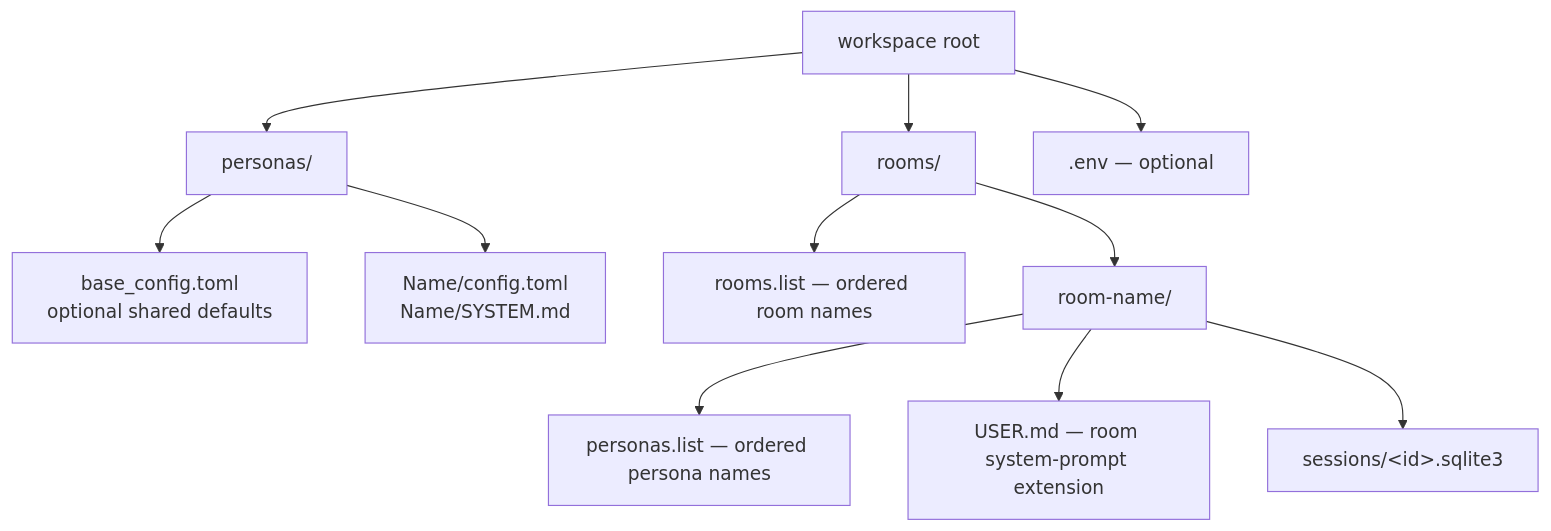
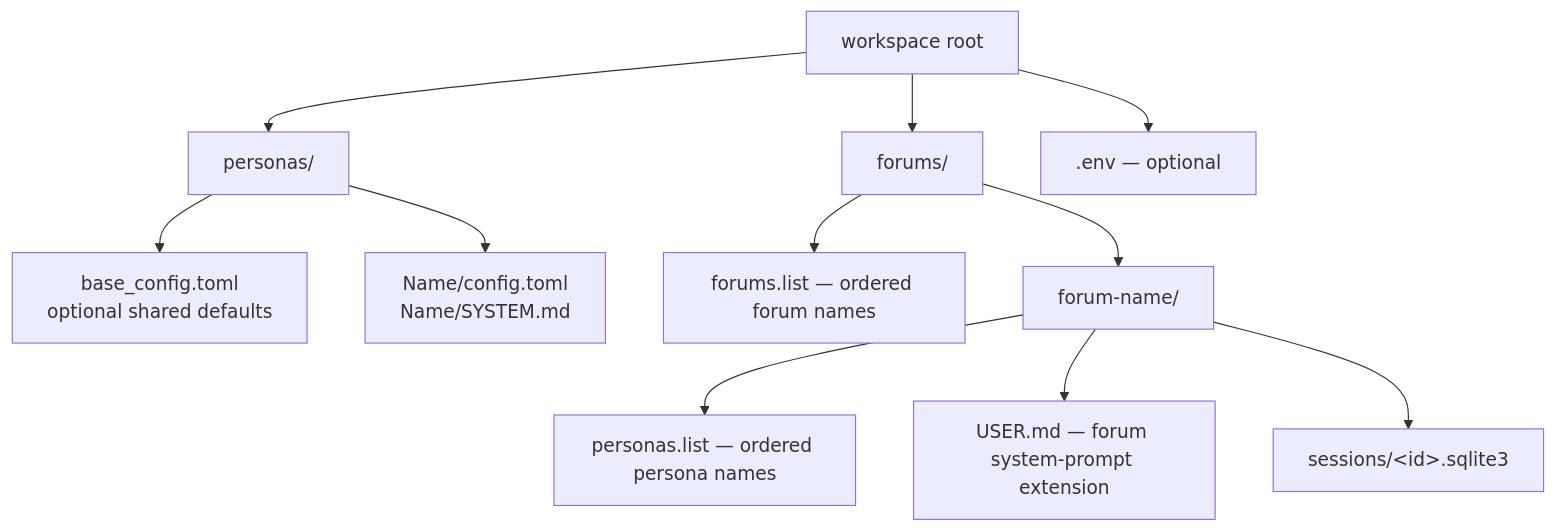
The first of 4 diagrams in src/session/README.md (michaelpopov/cha), drawn with Mermaid before and after one commit. The commit also changed other lines of this file and 59 other files, not shown here.

Commit message:
Rename room to forum

````diff
--- a/src/session/README.md
+++ b/src/session/README.md
@@ -22,13 +22,13 @@
 ```mermaid
 flowchart TD
     root["workspace root"] --> personas["personas/"]
-    root --> rooms["rooms/"]
+    root --> forums["forums/"]
     root --> env[".env — optional"]
     personas --> base["base_config.toml<br/>optional shared defaults"]
     personas --> p1["Name/config.toml<br/>Name/SYSTEM.md"]
-    rooms --> list["rooms.list — ordered room names"]
-    rooms --> room["room-name/"]
-    room --> plist["personas.list — ordered persona names"]
-    room --> user["USER.md — room system-prompt extension"]
-    room --> sessions["sessions/&lt;id&gt;.sqlite3"]
+    forums --> list["forums.list — ordered forum names"]
+    forums --> forum["forum-name/"]
+    forum --> plist["personas.list — ordered persona names"]
+    forum --> user["USER.md — forum system-prompt extension"]
+    forum --> sessions["sessions/&lt;id&gt;.sqlite3"]
 ```
````
